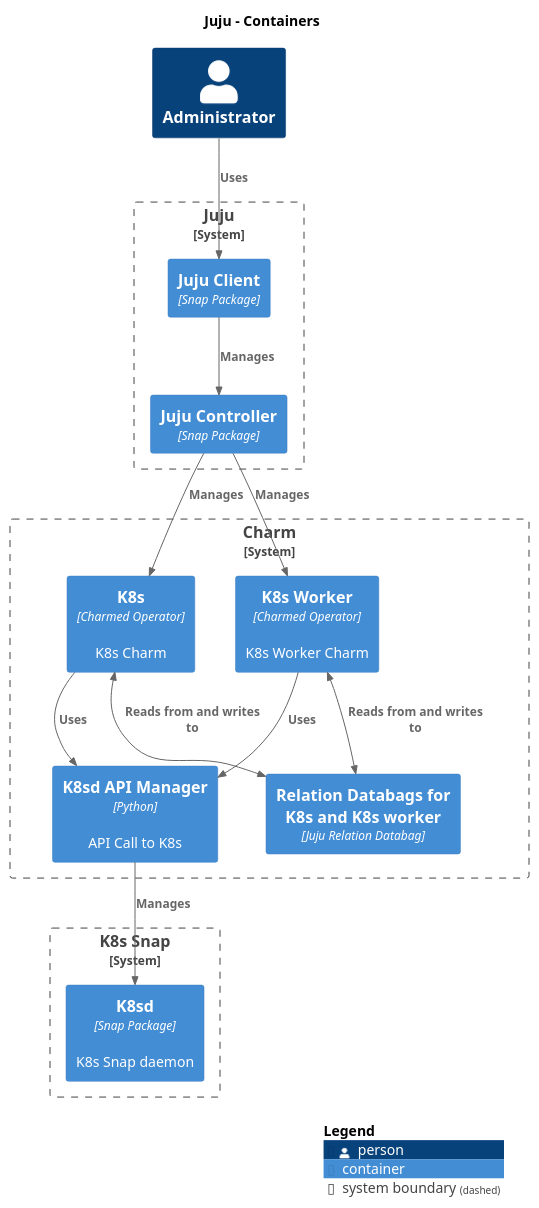
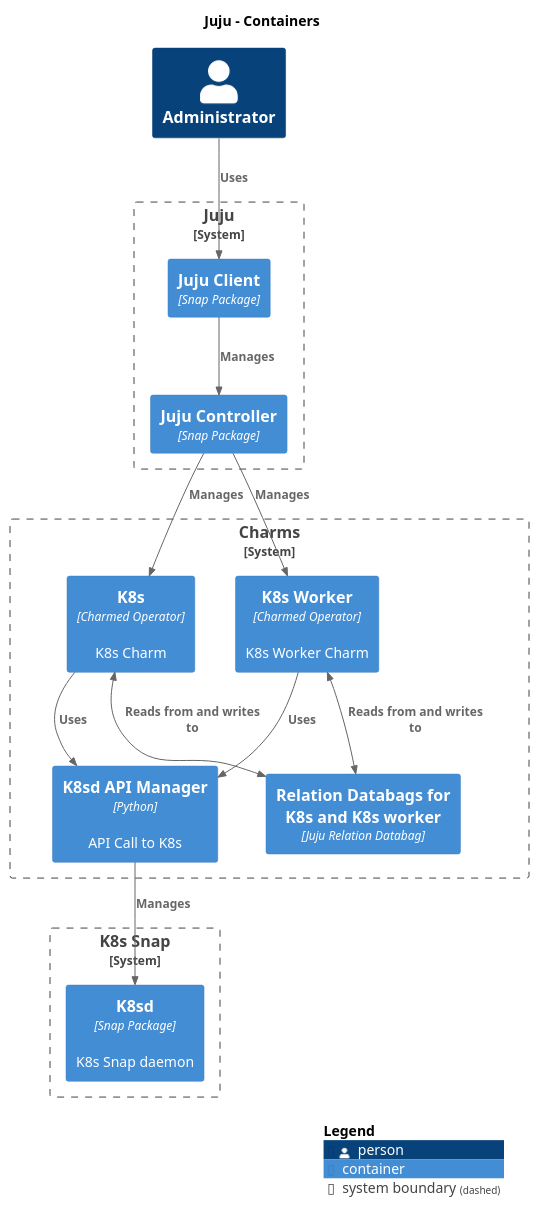
Before and after one commit to canonical/k8s-snap: the diagram in docs/canonicalk8s/assets/charms-architecture.puml, drawn with PlantUML.

```diff
--- a/docs/canonicalk8s/assets/charms-architecture.puml
+++ b/docs/canonicalk8s/assets/charms-architecture.puml
@@ -1,40 +1,40 @@
 @startuml
 set separator none
 title Juju - Containers
 
 top to bottom direction
 
 !include <C4/C4>
 !include <C4/C4_Context>
 !include <C4/C4_Container>
 
 Person(Administrator, "Administrator", $descr="", $tags="", $link="")
 
-System_Boundary("Charm_boundary", "Charm", $tags="") {
+System_Boundary("Charm_boundary", "Charms", $tags="") {
   Container(Juju.K8s, "K8s", $techn="Charmed Operator", $descr="K8s Charm", $tags="", $link="")
   Container(Juju.K8sWorker, "K8s Worker", $techn="Charmed Operator", $descr="K8s Worker Charm", $tags="", $link="")
   Container(Juju.ApiManager, "K8sd API Manager", $techn="Python", $descr="API Call to K8s", $tags="", $link="")
   Container(Juju.RelationData, "Relation Databags for K8s and K8s worker", $techn="Juju Relation Databag", $descr="", $tags="", $link="")
 }
 
 System_Boundary("Juju_boundary", "Juju", $tags="") {
   Container(Juju.JujuController, "Juju Controller", $techn="Snap Package", $descr="", $tags="", $link="")
   Container(Juju.JujuClient, "Juju Client", $techn="Snap Package", $descr="", $tags="", $link="")
 }
 
 System_Boundary("K8s_snap", "K8s Snap", $tags="") {
   Container(K8sSnap.K8sd, "K8sd", $techn="Snap Package", $descr="K8s Snap daemon", $tags="", $link="")
 }
 
 Rel(Juju.K8s, Juju.ApiManager, "Uses", $techn="", $tags="", $link="")
 Rel(Juju.K8sWorker, Juju.ApiManager, "Uses", $techn="", $tags="", $link="")
 BiRel(Juju.K8sWorker, Juju.RelationData, "Reads from and writes to", $techn="", $tags="", $link="")
 BiRel(Juju.K8s, Juju.RelationData, "Reads from and writes to", $techn="", $tags="", $link="")
 Rel(Juju.JujuController, Juju.K8s, "Manages", $techn="", $tags="", $link="")
 Rel(Juju.JujuController, Juju.K8sWorker, "Manages", $techn="", $tags="", $link="")
 Rel(Administrator, Juju.JujuClient, "Uses", $techn="", $tags="", $link="")
 Rel(Juju.JujuClient, Juju.JujuController, "Manages", $techn="", $tags="", $link="")
 Rel(Juju.ApiManager, K8sSnap.K8sd, "Manages", $techn="", $tags="", $link="")
 
 SHOW_LEGEND(true)
 @enduml
```
